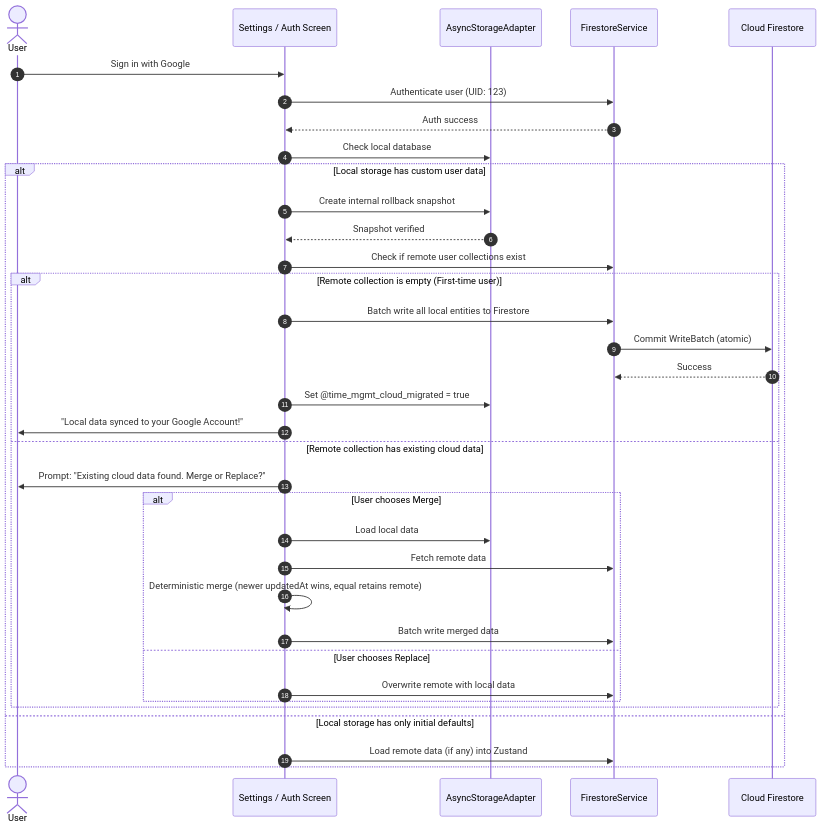
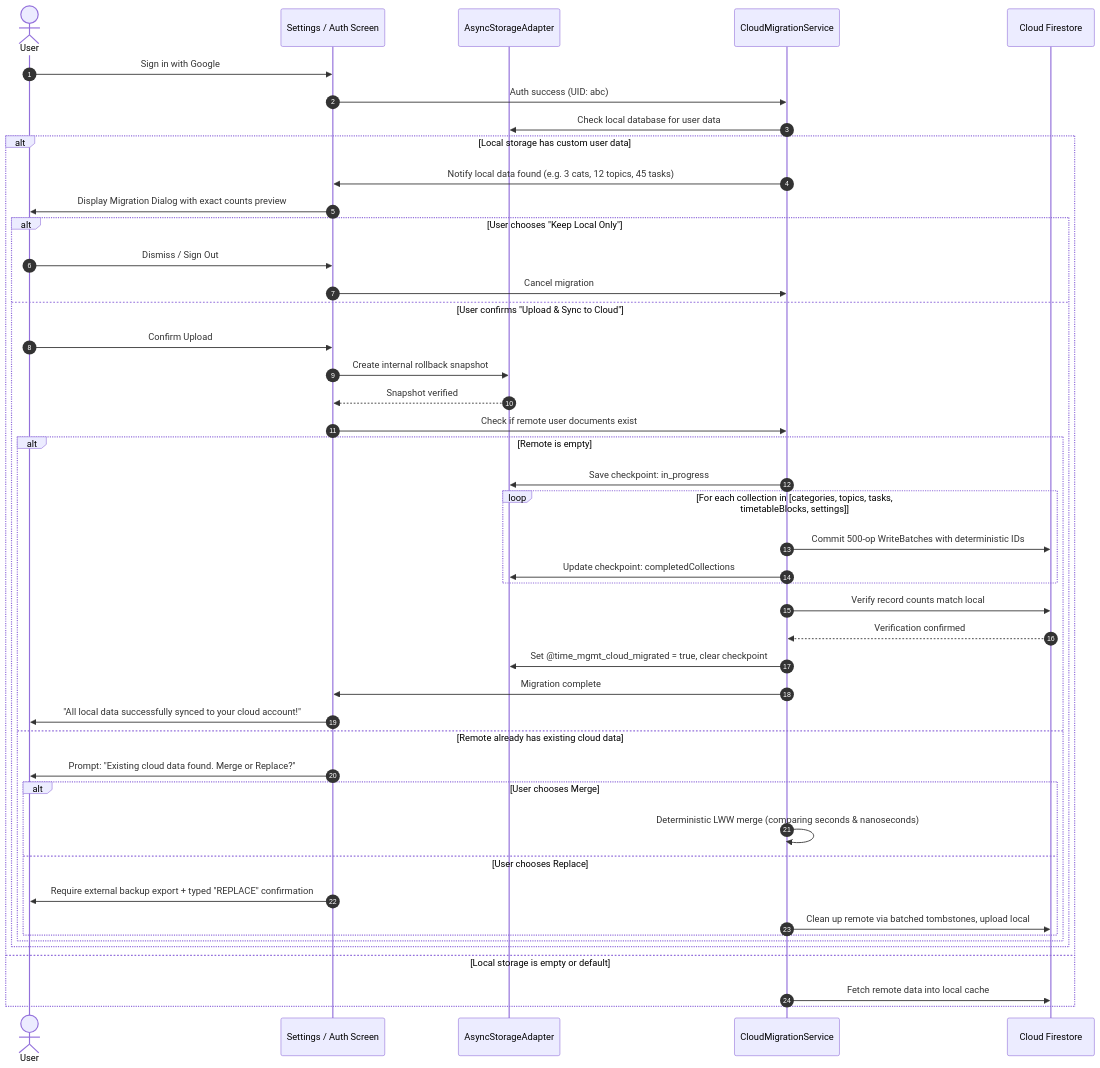
The second of 3 diagrams in MILESTONE_B_PLAN.md (MelvinEmmanuelTheodore/Task-managment-app-or-website), drawn with Mermaid before and after one commit. The commit also changed other lines of this file, not shown here.

````diff
--- a/MILESTONE_B_PLAN.md
+++ b/MILESTONE_B_PLAN.md
@@ -225,38 +289,48 @@
 ```mermaid
 sequenceDiagram
     autonumber
     actor User
     participant UI as Settings / Auth Screen
     participant LocalStorage as AsyncStorageAdapter
-    participant CloudService as FirestoreService
+    participant MigrationService as CloudMigrationService
     participant Firestore as Cloud Firestore
 
     User->>UI: Sign in with Google
-    UI->>CloudService: Authenticate user (UID: 123)
-    CloudService-->>UI: Auth success
-    UI->>LocalStorage: Check local database
+    UI->>MigrationService: Auth success (UID: abc)
+    MigrationService->>LocalStorage: Check local database for user data
     alt Local storage has custom user data
-        UI->>LocalStorage: Create internal rollback snapshot
-        LocalStorage-->>UI: Snapshot verified
-        UI->>CloudService: Check if remote user collections exist
-        alt Remote collection is empty (First-time user)
-            UI->>CloudService: Batch write all local entities to Firestore
-            CloudService->>Firestore: Commit WriteBatch (atomic)
-            Firestore-->>CloudService: Success
-            UI->>LocalStorage: Set @time_mgmt_cloud_migrated = true
-            UI->>User: "Local data synced to your Google Account!"
-        else Remote collection has existing cloud data
-            UI->>User: Prompt: "Existing cloud data found. Merge or Replace?"
-            alt User chooses Merge
-                UI->>LocalStorage: Load local data
-                UI->>CloudService: Fetch remote data
-                UI->>UI: Deterministic merge (newer updatedAt wins, equal retains remote)
-                UI->>CloudService: Batch write merged data
-            else User chooses Replace
-                UI->>CloudService: Overwrite remote with local data
+        MigrationService->>UI: Notify local data found (e.g. 3 cats, 12 topics, 45 tasks)
+        UI->>User: Display Migration Dialog with exact counts preview
+        alt User chooses "Keep Local Only"
+            User->>UI: Dismiss / Sign Out
+            UI->>MigrationService: Cancel migration
+        else User confirms "Upload & Sync to Cloud"
+            User->>UI: Confirm Upload
+            UI->>LocalStorage: Create internal rollback snapshot
+            LocalStorage-->>UI: Snapshot verified
+            UI->>MigrationService: Check if remote user documents exist
+            alt Remote is empty
+                MigrationService->>LocalStorage: Save checkpoint: in_progress
+                loop For each collection in [categories, topics, tasks, timetableBlocks, settings]
+                    MigrationService->>Firestore: Commit 500-op WriteBatches with deterministic IDs
+                    MigrationService->>LocalStorage: Update checkpoint: completedCollections
+                end
+                MigrationService->>Firestore: Verify record counts match local
+                Firestore-->>MigrationService: Verification confirmed
+                MigrationService->>LocalStorage: Set @time_mgmt_cloud_migrated = true, clear checkpoint
+                MigrationService->>UI: Migration complete
+                UI->>User: "All local data successfully synced to your cloud account!"
+            else Remote already has existing cloud data
+                UI->>User: Prompt: "Existing cloud data found. Merge or Replace?"
+                alt User chooses Merge
+                    MigrationService->>MigrationService: Deterministic LWW merge (comparing seconds & nanoseconds)
+                else User chooses Replace
+                    UI->>User: Require external backup export + typed "REPLACE" confirmation
+                    MigrationService->>Firestore: Clean up remote via batched tombstones, upload local
+                end
             end
         end
-    else Local storage has only initial defaults
-        UI->>CloudService: Load remote data (if any) into Zustand
+    else Local storage is empty or default
+        MigrationService->>Firestore: Fetch remote data into local cache
     end
 ```
````
